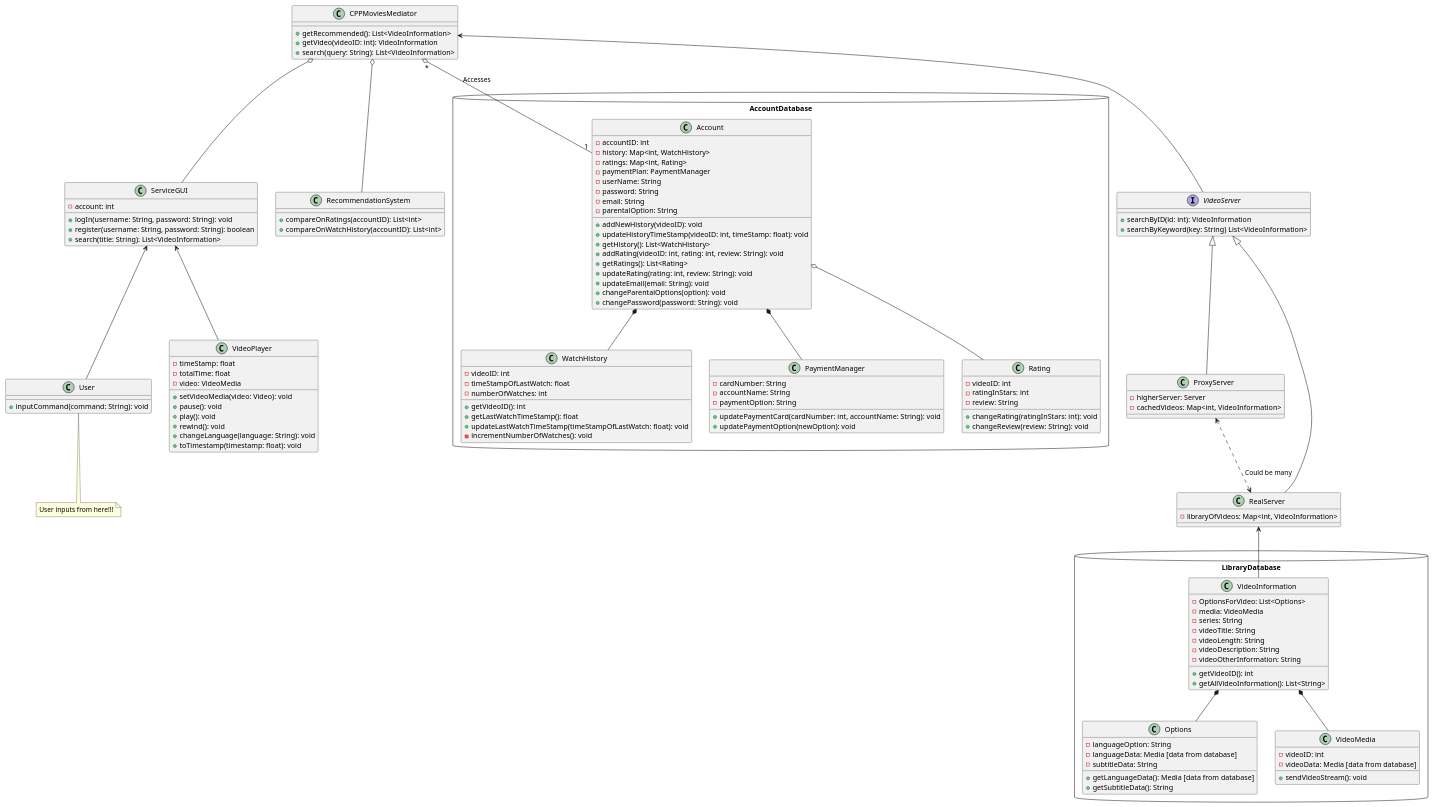
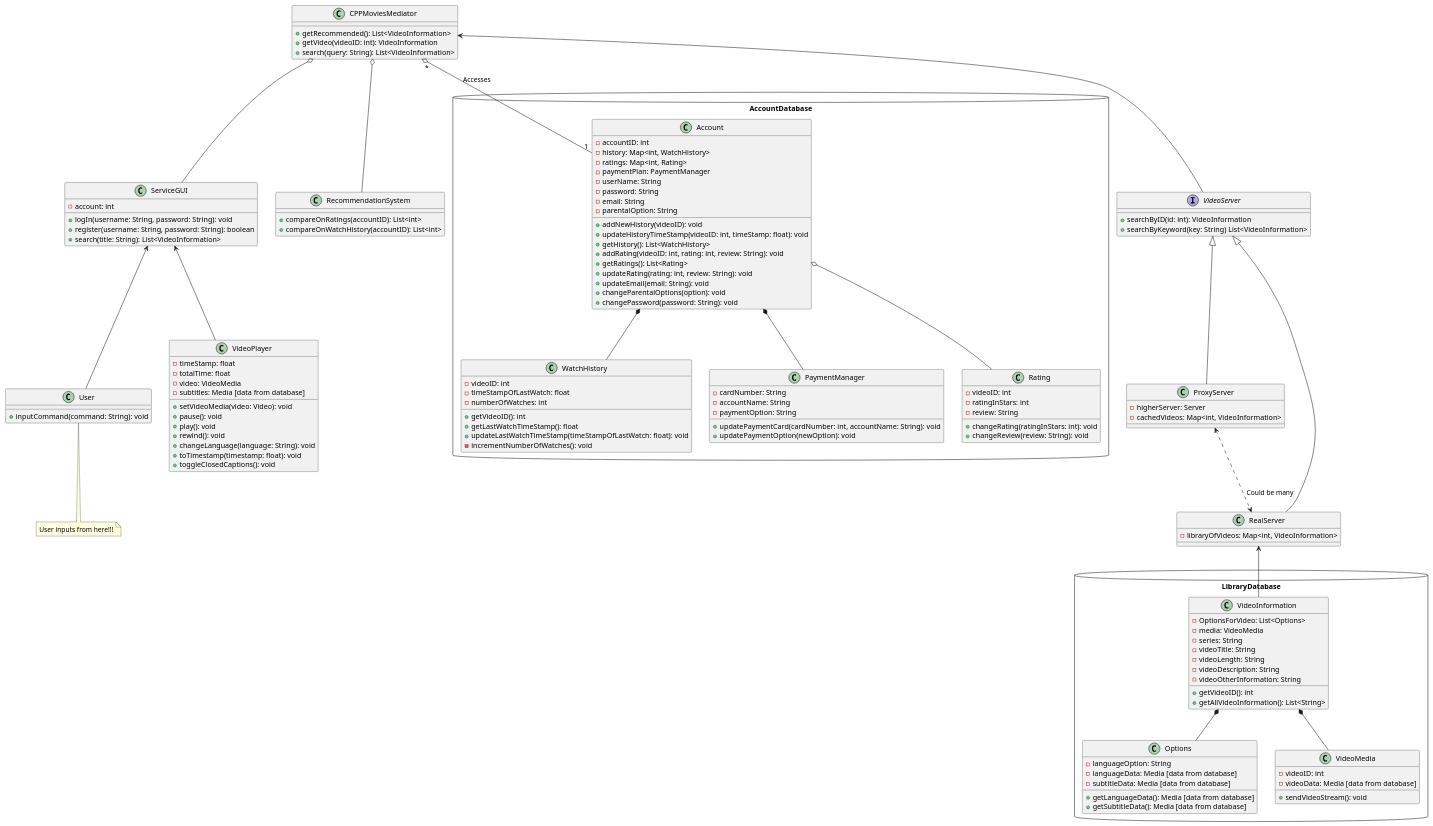
The diagram in src/UMLs/CPPMovies.puml (Lex-ari/CS4800-FoodDelivery), drawn with PlantUML before and after one commit.

Commit message:
Subtitle update

```diff
--- a/src/UMLs/CPPMovies.puml
+++ b/src/UMLs/CPPMovies.puml
@@ -1,172 +1,174 @@
 @startuml
 'https://plantuml.com/class-diagram
 
 class User {
 + inputCommand(command: String): void
 }
 
 
 package AccountDatabase <<Database>> {
 class WatchHistory
 {
 - videoID: int
 - timeStampOfLastWatch: float
 - numberOfWatches: int
 
 + getVideoID(): int
 + getLastWatchTimeStamp(): float
 + updateLastWatchTimeStamp(timeStampOfLastWatch: float): void
 - incrementNumberOfWatches(): void
 }
 class PaymentManager
 {
 - cardNumber: String
 - accountName: String
 - paymentOption: String
 
 + updatePaymentCard(cardNumber: int, accountName: String): void
 + updatePaymentOption(newOption): void
 }
 class Account
 {
 - accountID: int
 - history: Map<int, WatchHistory>
 - ratings: Map<int, Rating>
 - paymentPlan: PaymentManager
 - userName: String
 - password: String
 - email: String
 - parentalOption: String
 
 + addNewHistory(videoID): void
 + updateHistoryTimeStamp(videoID: int, timeStamp: float): void
 + getHistory(): List<WatchHistory>
 + addRating(videoID: int, rating: int, review: String): void
 + getRatings(): List<Rating>
 + updateRating(rating: int, review: String): void
 + updateEmail(email: String): void
 + changeParentalOptions(option): void
 + changePassword(password: String): void
 }
 
 class Rating
 {
 - videoID: int
 - ratingInStars: int
 - review: String
 
 + changeRating(ratingInStars: int): void
 + changeReview(review: String): void
 }
 
 Account *-- PaymentManager
 Account *-- WatchHistory
 Account o-- Rating
 }
 
 
 class ServiceGUI
 {
 - account: int
 
 + logIn(username: String, password: String): void
 + register(username: String, password: String): boolean
 + search(title: String): List<VideoInformation>
 }
 ServiceGUI <-- User
 
 class VideoPlayer
 {
 - timeStamp: float
 - totalTime: float
 - video: VideoMedia
+- subtitles: Media [data from database]
 + setVideoMedia(video: Video): void
 + pause(): void
 + play(): void
 + rewind(): void
 + changeLanguage(language: String): void
 + toTimestamp(timestamp: float): void
++ toggleClosedCaptions(): void
 }
 ServiceGUI <-- VideoPlayer
 
 class RecommendationSystem
 {
 + compareOnRatings(accountID): List<int>
 + compareOnWatchHistory(accountID): List<int>
 
 }
 
 class CPPMoviesMediator
 {
 +getRecommended(): List<VideoInformation>
 +getVideo(videoID: int): VideoInformation
 +search(query: String): List<VideoInformation>
 }
 CPPMoviesMediator o-- RecommendationSystem
 CPPMoviesMediator o-- ServiceGUI
 CPPMoviesMediator"*" o-- "1"Account: Accesses
 
 
 package LibraryDatabase <<Database>> {
 class VideoInformation
 {
 - OptionsForVideo: List<Options>
 - media: VideoMedia
 - series: String
 - videoTitle: String
 - videoLength: String
 - videoDescription: String
 - videoOtherInformation: String
 
 + getVideoID(): int
 + getAllVideoInformation(): List<String>
 }
 
 class Options
 {
 - languageOption: String
 - languageData: Media [data from database]
-- subtitleData: String
+- subtitleData: Media [data from database]
 
 + getLanguageData(): Media [data from database]
-+ getSubtitleData(): String
++ getSubtitleData(): Media [data from database]
 }
 class VideoMedia
 {
 - videoID: int
 - videoData: Media [data from database]
 
 + sendVideoStream(): void
 }
 
 VideoInformation *-- Options
 VideoInformation *-- VideoMedia
 }
 
 interface VideoServer {
 + searchByID(id: int): VideoInformation
 + searchByKeyword(key: String) List<VideoInformation>
 }
 
 class RealServer
 {
 - libraryOfVideos: Map<int, VideoInformation>
 }
 class ProxyServer
 {
 - higherServer: Server
 - cachedVideos: Map<int, VideoInformation>
 }
 
 CPPMoviesMediator <-- VideoServer
 VideoServer <|-- ProxyServer
 VideoServer <|-- RealServer
 ProxyServer <..> RealServer: " Could be many"
 
 RealServer <-- VideoInformation
 
 note bottom of User
     User inputs from here!!!
 end note
 
 @enduml
```
